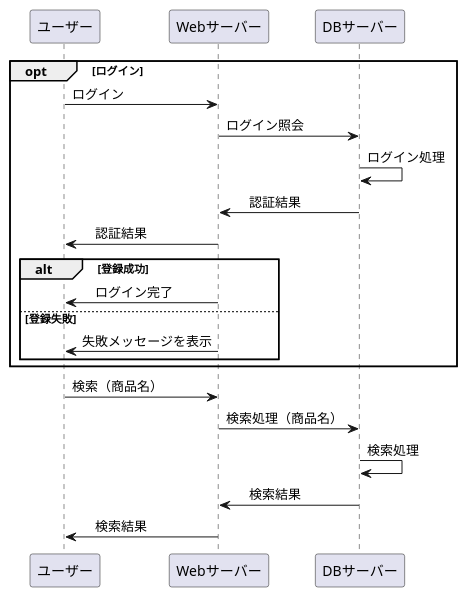
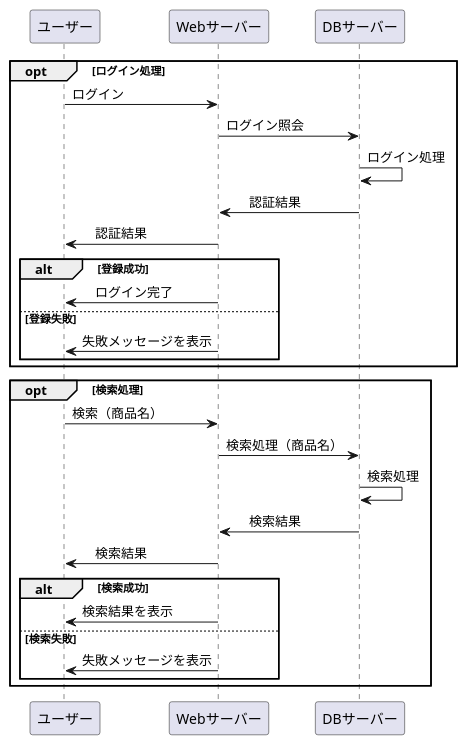
One commit to Aso2101121/2021sys-design changed the diagram in sampleGH.md. Above: the diagram before and after it, drawn with PlantUML.

````diff
--- a/sampleGH.md
+++ b/sampleGH.md
@@ -1,25 +1,36 @@
 ```uml
 @startuml
-opt ログイン
+opt ログイン処理
 ユーザー -> Webサーバー : ログイン
 Webサーバー -> DBサーバー : ログイン照会
 DBサーバー -> DBサーバー : ログイン処理
 DBサーバー -> Webサーバー :　認証結果
 Webサーバー -> ユーザー :　認証結果
 
 alt 登録成功
 Webサーバー -> ユーザー :　ログイン完了 
 
 else 登録失敗
 Webサーバー -> ユーザー : 失敗メッセージを表示
 
 end
 end
 
+opt 検索処理
 ユーザー -> Webサーバー : 検索（商品名）
 Webサーバー -> DBサーバー : 検索処理（商品名）
 DBサーバー -> DBサーバー : 検索処理
 DBサーバー -> Webサーバー :　検索結果
 Webサーバー -> ユーザー :　検索結果
+
+alt 検索成功
+Webサーバー -> ユーザー : 検索結果を表示
+
+else 検索失敗
+Webサーバー -> ユーザー : 失敗メッセージを表示
+
+end
+end
+
 @enduml
 ```
````
